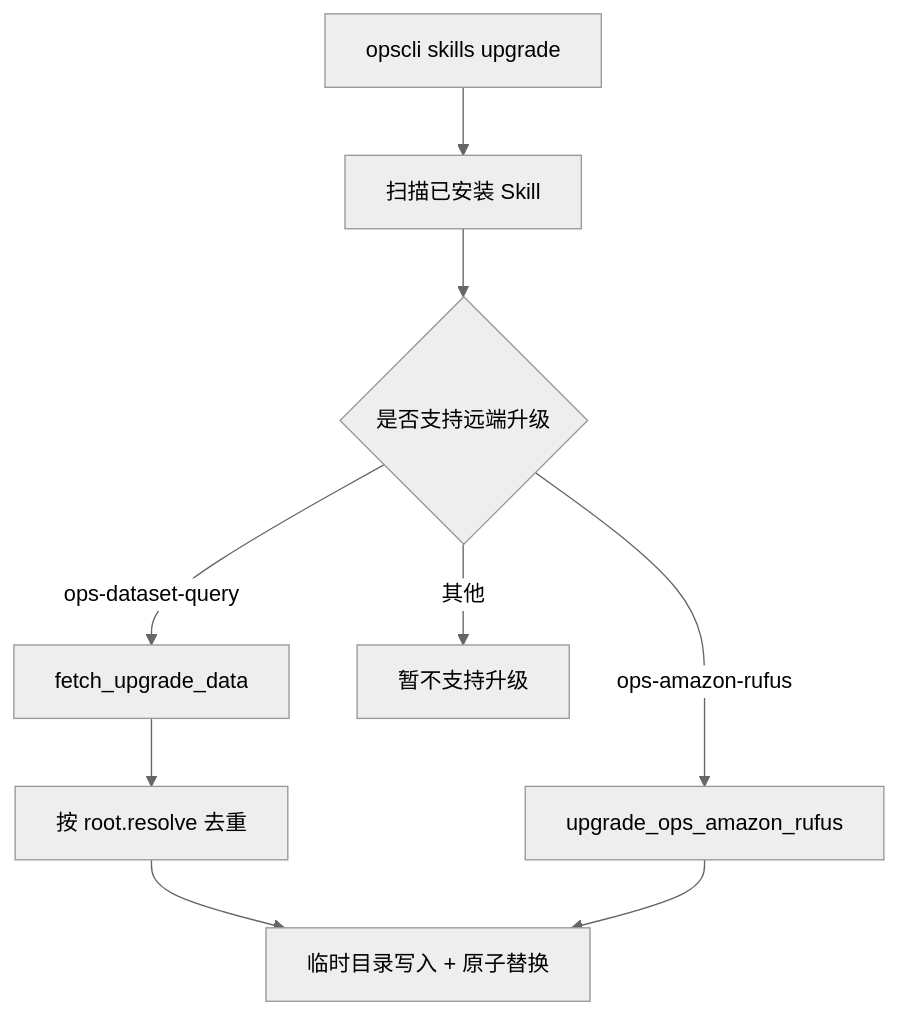
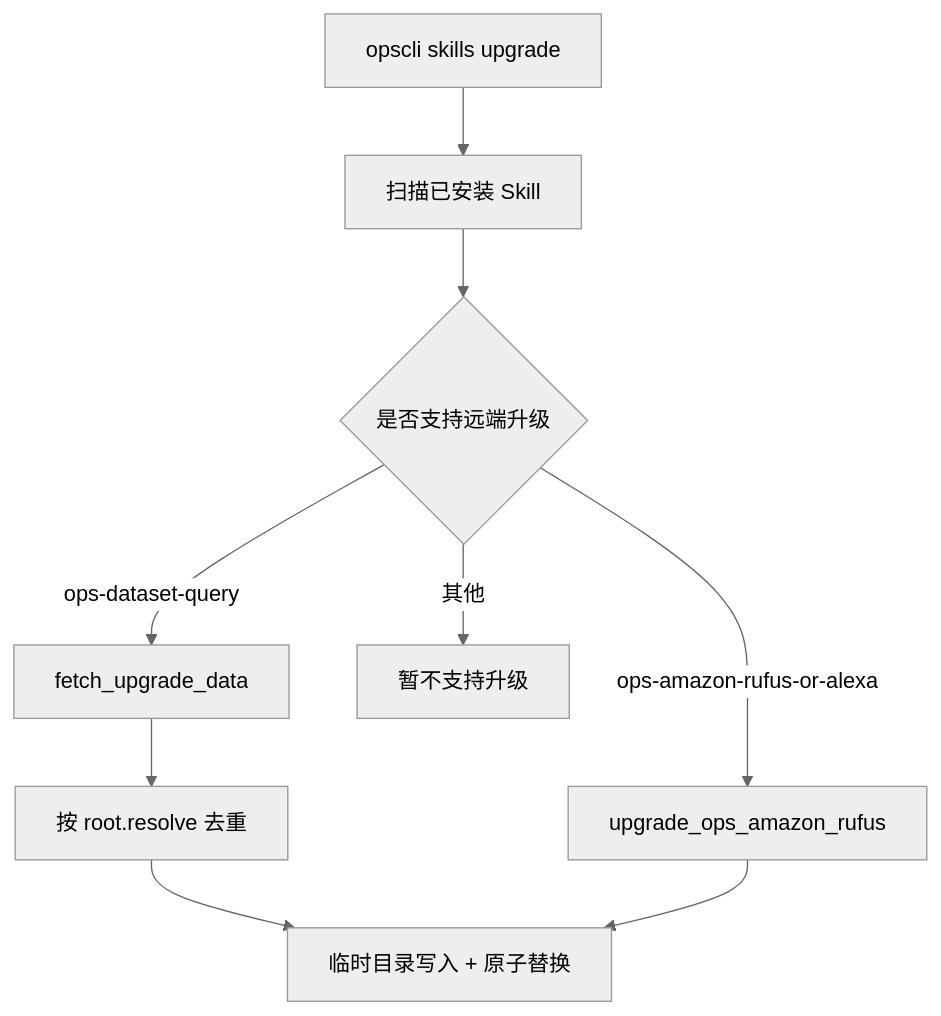
Before and after one commit to pengjianchao250/open-opscli: the fifth of 5 diagrams in output/opscli-skills-publish-architecture.md, drawn with Mermaid (neutral theme). The commit also changed other lines of this file and 170 other files, not shown here.

Commit message:
feat: rufus 增加兼容 alexa ，检测已安装skill

````diff
--- a/output/opscli-skills-publish-architecture.md
+++ b/output/opscli-skills-publish-architecture.md
@@ -89,11 +89,11 @@
 ```mermaid
 flowchart TD
     Upgrade["opscli skills upgrade"] --> Discover["扫描已安装 Skill"]
     Discover --> Supported{"是否支持远端升级"}
     Supported -->|ops-dataset-query| FetchData["fetch_upgrade_data"]
-    Supported -->|ops-amazon-rufus| FetchRufus["upgrade_ops_amazon_rufus"]
+    Supported -->|ops-amazon-rufus-or-alexa| FetchRufus["upgrade_ops_amazon_rufus"]
     Supported -->|其他| Error["暂不支持升级"]
     FetchData --> Dedup["按 root.resolve 去重"]
     Dedup --> AtomicWrite["临时目录写入 + 原子替换"]
     FetchRufus --> AtomicWrite
 ```
````
